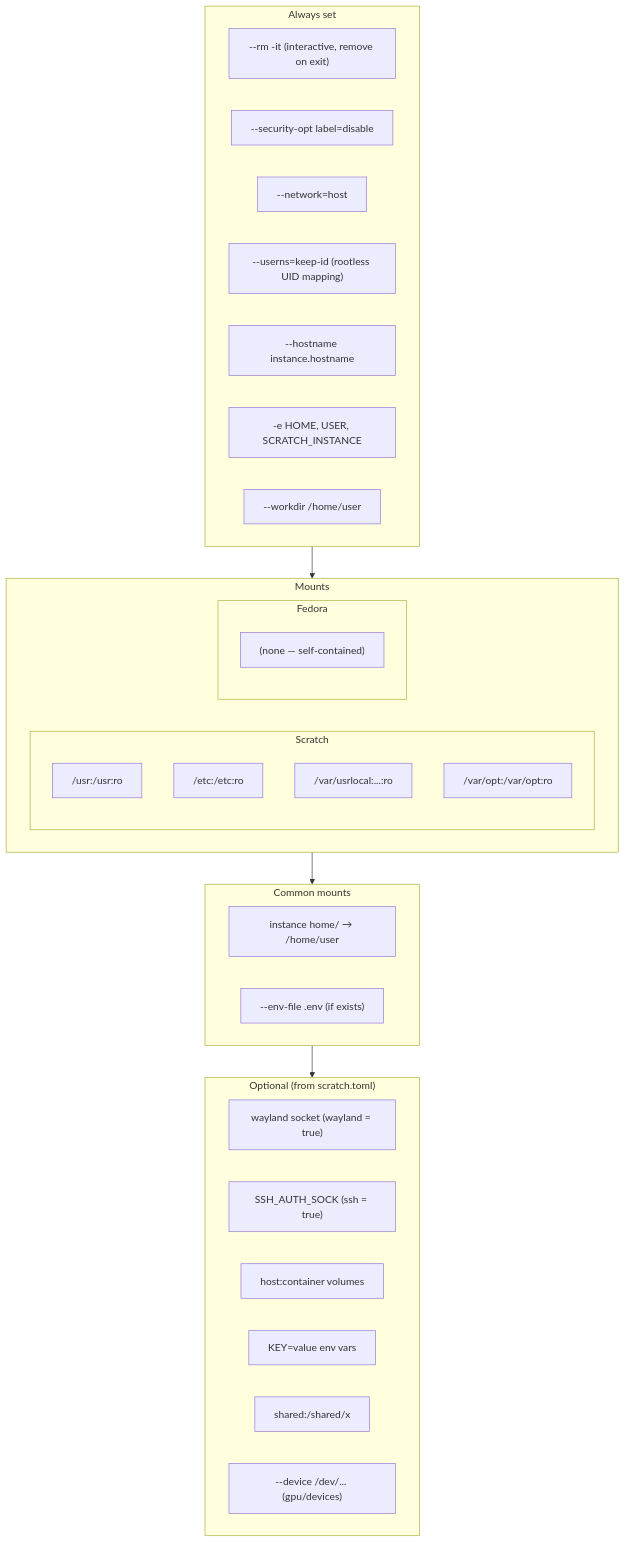
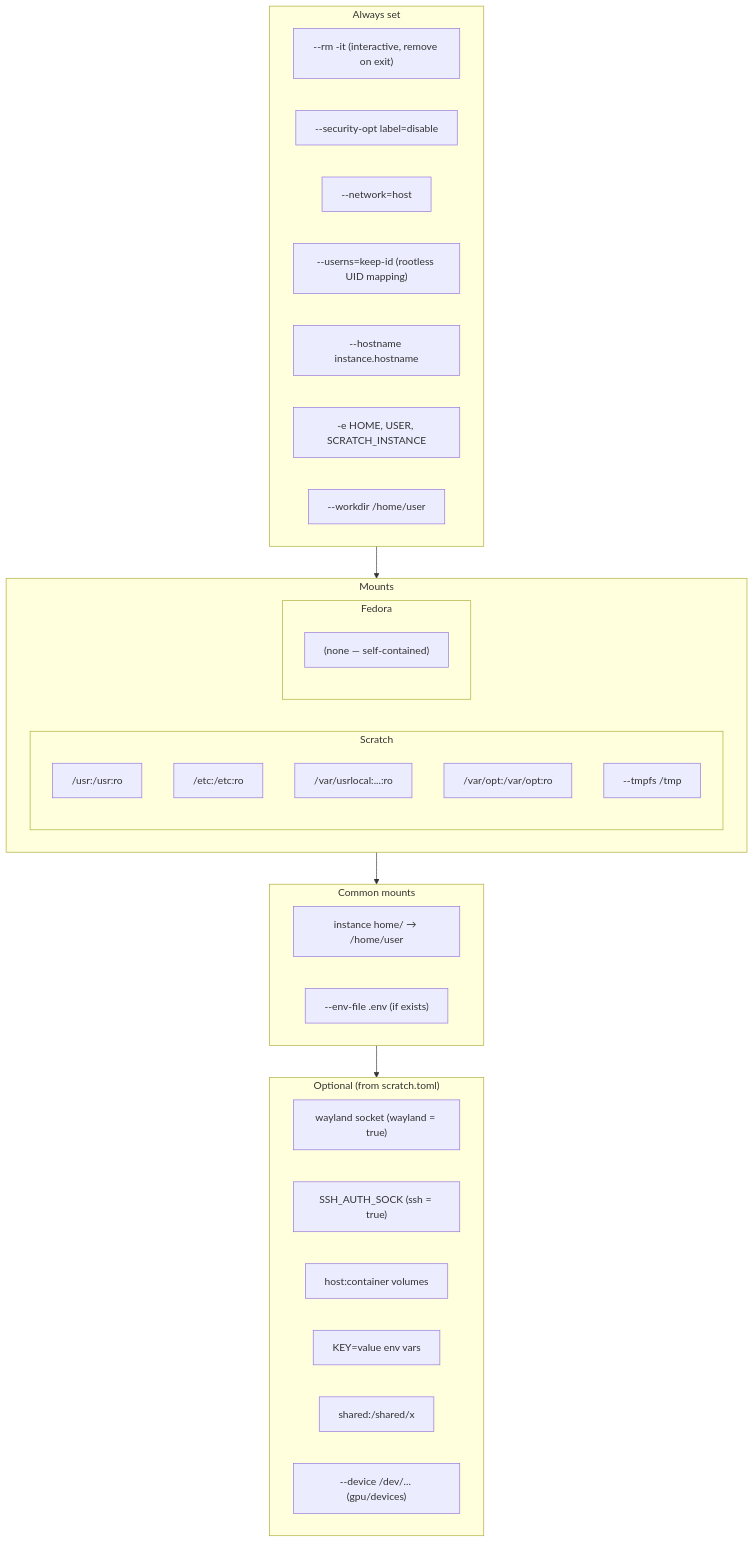
Before and after one commit to Microtome/scratch_monkey: diagram 11 of 17 in HELP.md, drawn with Mermaid. The commit also changed other lines of this file and 3 other files, not shown here.

````diff
--- a/HELP.md
+++ b/HELP.md
@@ -386,43 +388,44 @@
 ```mermaid
 graph TD
     subgraph always["Always set"]
         A1["--rm -it (interactive, remove on exit)"]
         A2["--security-opt label=disable"]
         A3["--network=host"]
         A4["--userns=keep-id (rootless UID mapping)"]
         A5["--hostname instance.hostname"]
         A6["-e HOME, USER, SCRATCH_INSTANCE"]
         A7["--workdir /home/user"]
     end
 
     subgraph mounts["Mounts"]
         direction LR
         subgraph scratch_mounts["Scratch"]
             M1["/usr:/usr:ro"]
             M2["/etc:/etc:ro"]
             M3["/var/usrlocal:...:ro"]
             M4["/var/opt:/var/opt:ro"]
+            M8["--tmpfs /tmp"]
         end
         subgraph fedora_mounts["Fedora"]
             M5["(none — self-contained)"]
         end
     end
 
     subgraph common["Common mounts"]
         M6["instance home/ → /home/user"]
         M7["--env-file .env (if exists)"]
     end
 
     subgraph optional["Optional (from scratch.toml)"]
         O1["wayland socket (wayland = true)"]
         O2["SSH_AUTH_SOCK (ssh = true)"]
         O3["host:container volumes"]
         O4["KEY=value env vars"]
         O5["shared:/shared/x"]
         O6["--device /dev/... (gpu/devices)"]
     end
 
     always --> mounts
     mounts --> common
     common --> optional
 ```
````
